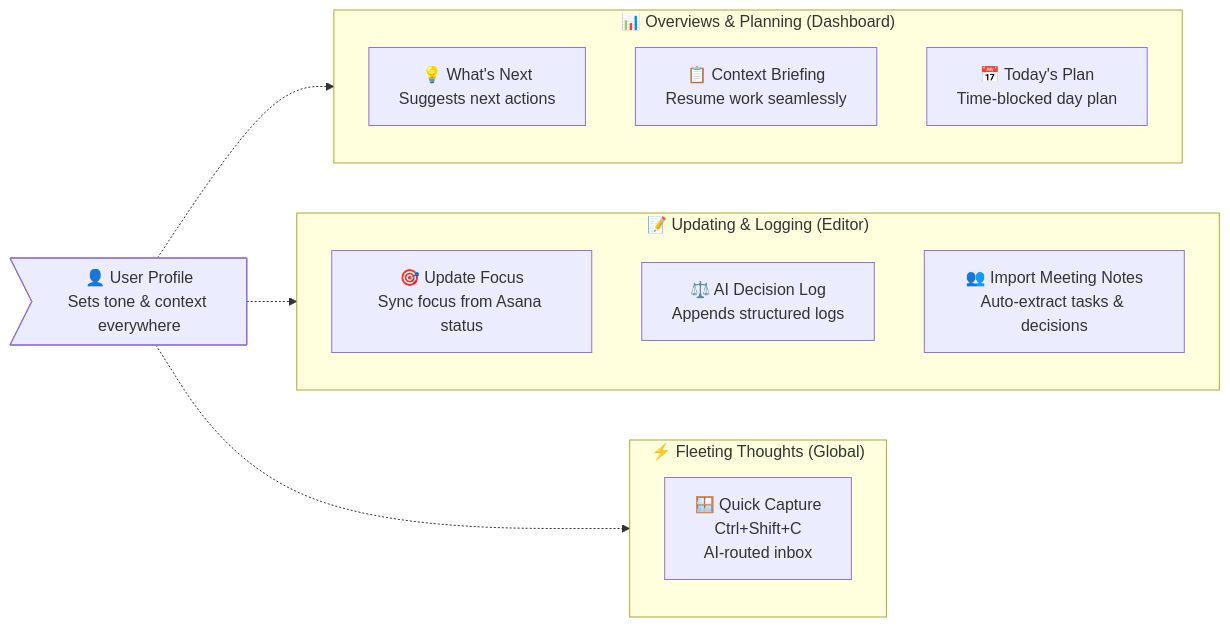
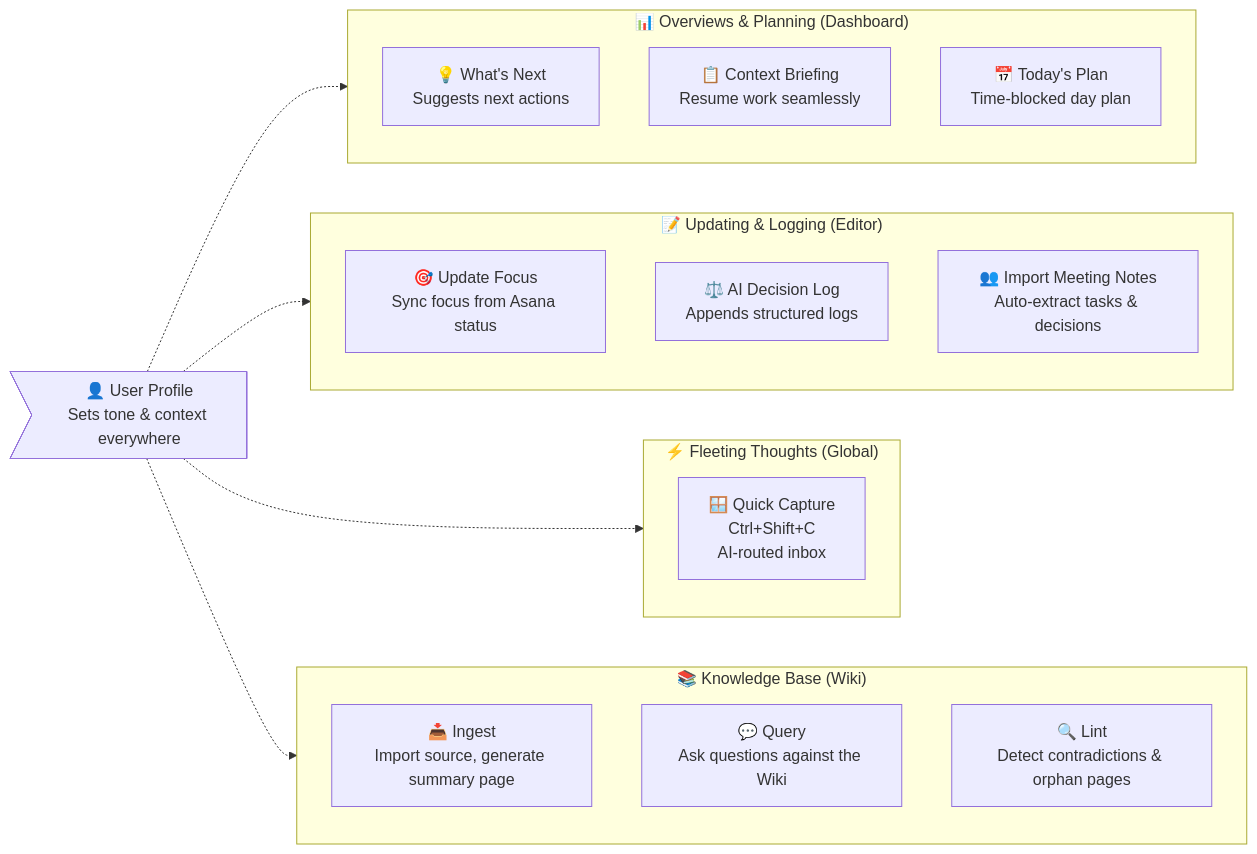
One commit to yt3trees/ProjectCurator changed the diagram in docs/ai-features.md. Above: the diagram before and after it, drawn with Mermaid. The commit also changed other lines of this file and 21 other files, not shown here.

Commit message:
feat: add wiki knowledge base workflows and UI

````diff
--- a/docs/ai-features.md
+++ b/docs/ai-features.md
@@ -11,29 +11,37 @@
 ```mermaid
 flowchart LR
     %% Base
     Profile>👤 User Profile<br>Sets tone & context everywhere]
 
     %% Categories
     subgraph Dashboard ["📊 Overviews & Planning (Dashboard)"]
         direction TB
         WN["💡 What's Next<br>Suggests next actions"]
         CB["📋 Context Briefing<br>Resume work seamlessly"]
         TP["📅 Today's Plan<br>Time-blocked day plan"]
     end
 
     subgraph Editor ["📝 Updating & Logging (Editor)"]
         direction TB
         UF["🎯 Update Focus<br>Sync focus from Asana status"]
         DL["⚖️ AI Decision Log<br>Appends structured logs"]
         IM["👥 Import Meeting Notes<br>Auto-extract tasks & decisions"]
     end
 
     subgraph Global ["⚡ Fleeting Thoughts (Global)"]
         direction TB
         QC["🪟 Quick Capture<br>Ctrl+Shift+C<br>AI-routed inbox"]
     end
 
+    subgraph Wiki ["📚 Knowledge Base (Wiki)"]
+        direction TB
+        WI["📥 Ingest<br>Import source, generate summary page"]
+        WQ["💬 Query<br>Ask questions against the Wiki"]
+        WL["🔍 Lint<br>Detect contradictions & orphan pages"]
+    end
+
     Profile -.-> Dashboard
     Profile -.-> Editor
     Profile -.-> Global
+    Profile -.-> Wiki
 ```
````
